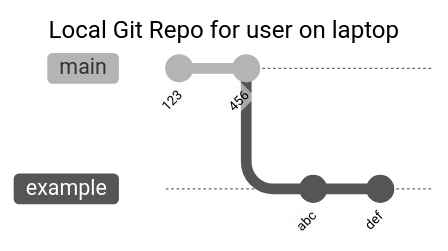
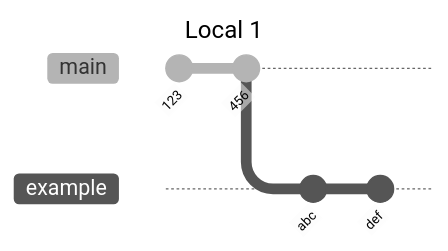
One commit to TheEvergreenStateCollege/upper-division-cs-23-24 changed the third of 12 diagrams in web-24wi/assignments/faulkdf/frontend/week7/README.md. Above: the diagram before and after it, drawn with Mermaid (neutral theme). The commit also changed other lines of this file, not shown here.

````diff
--- a/web-24wi/assignments/faulkdf/frontend/week7/README.md
+++ b/web-24wi/assignments/faulkdf/frontend/week7/README.md
@@ -3,14 +32,14 @@
 ```mermaid
 ---
-title: Local Git Repo for user on laptop
+title: Local 1
 ---
 
 gitGraph
     commit id:"123"
     commit id:"456"
     branch example
     checkout example
     commit id:"abc"
     commit id:"def"
 
 ```
````
